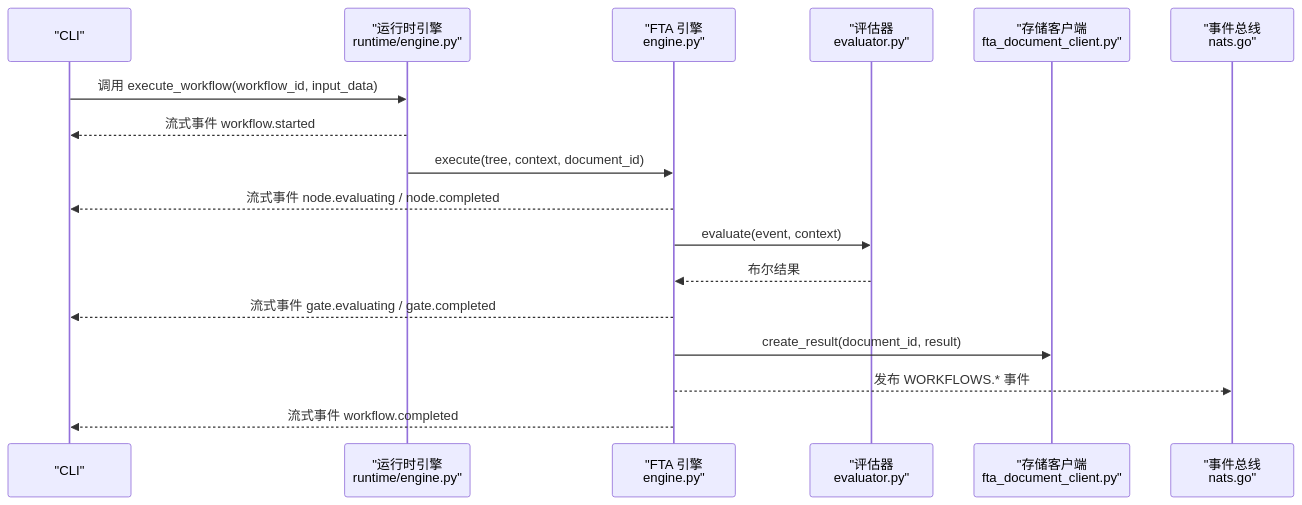
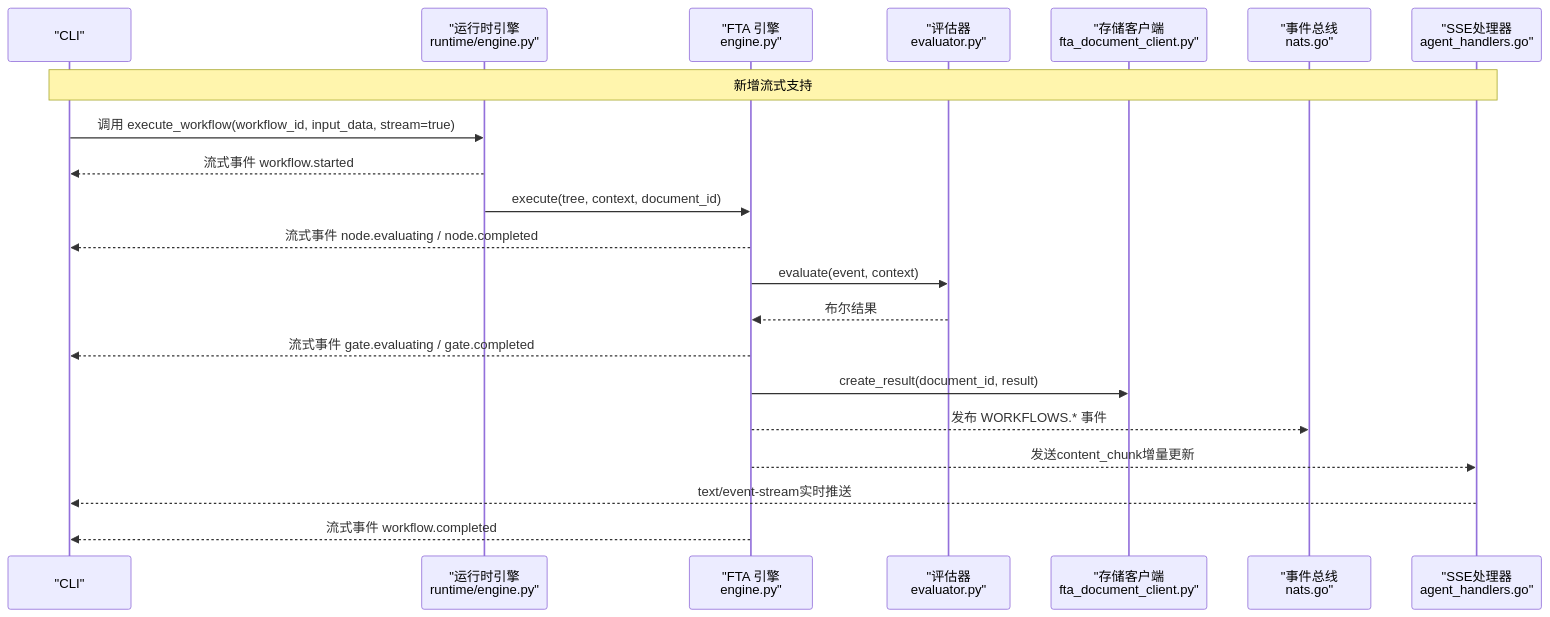
The second of 8 diagrams in .qoder/repowiki/zh/content/核心功能模块/FTA 工作流引擎/工作流执行管理.md (ai-guru-global/resolve-agent), drawn with Mermaid before and after one commit. The commit also changed other lines of this file and 34 other files, not shown here.

````diff
--- a/.qoder/repowiki/zh/content/核心功能模块/FTA 工作流引擎/工作流执行管理.md
+++ b/.qoder/repowiki/zh/content/核心功能模块/FTA 工作流引擎/工作流执行管理.md
@@ -124,19 +112,23 @@
 ```mermaid
 sequenceDiagram
 participant CLI as "CLI"
 participant RT as "运行时引擎<br/>runtime/engine.py"
 participant FE as "FTA 引擎<br/>engine.py"
 participant EV as "评估器<br/>evaluator.py"
 participant ST as "存储客户端<br/>fta_document_client.py"
 participant EB as "事件总线<br/>nats.go"
-CLI->>RT : 调用 execute_workflow(workflow_id, input_data)
+participant SSE as "SSE处理器<br/>agent_handlers.go"
+Note over CLI,SSE : 新增流式支持
+CLI->>RT : 调用 execute_workflow(workflow_id, input_data, stream=true)
 RT-->>CLI : 流式事件 workflow.started
 RT->>FE : execute(tree, context, document_id)
 FE-->>CLI : 流式事件 node.evaluating / node.completed
 FE->>EV : evaluate(event, context)
 EV-->>FE : 布尔结果
 FE-->>CLI : 流式事件 gate.evaluating / gate.completed
 FE->>ST : create_result(document_id, result)
 FE-->>EB : 发布 WORKFLOWS.* 事件
+FE-->>SSE : 发送content_chunk增量更新
+SSE-->>CLI : text/event-stream实时推送
 FE-->>CLI : 流式事件 workflow.completed
 ```
````
